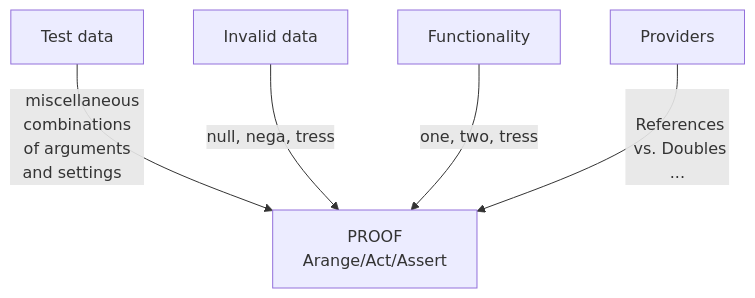
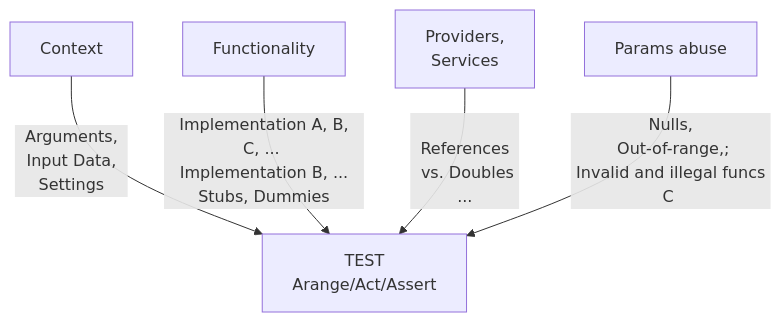
The diagram in README+/tests/README+/unit_test-multi_feed.md (Kyriosity/use-dev), drawn with Mermaid before and after one commit. The commit also changed other lines of this file, not shown here.

Commit message:
🐝unit_test-multi_feed.md

````diff
--- a/README+/tests/README+/unit_test-multi_feed.md
+++ b/README+/tests/README+/unit_test-multi_feed.md
@@ -9,7 +9,8 @@
 ```mermaid
 graph TD
-    id1[Test data] -->|&nbsp;&nbsp;&nbsp;miscellaneous&nbsp;<br />&nbsp;combinations&nbsp;<br />&nbsp;of arguments&nbsp;<br />&nbsp;and settings&nbsp;&nbsp;&nbsp;| UT[PROOF<br />Arange/Act/Assert]
-    id2[Invalid data] -->|null, nega, tress| UT
-    Functionality -->|one, two, tress| UT
-    Providers -->|<br />&nbsp;&nbsp;References&nbsp;<br />&nbsp;vs. Doubles<br />...| UT
+    idCx[Context] -->|&nbsp;&nbsp;Arguments,&nbsp;&nbsp;<br />&nbsp;&nbsp;Input Data,&nbsp;&nbsp;<br />&nbsp;&nbsp;Settings&nbsp;&nbsp;| UT[TEST<br />Arange/Act/Assert]
+    idFnc[Functionality] -->|&nbsp;Implementation A, B, C, ...&nbsp;<br >&nbsp;Implementation B, ...&nbsp;</br>&nbsp;Stubs, Dummies&nbsp;| UT
+    idSrv[Providers,<br />Services] -->|<br />&nbsp;&nbsp;References&nbsp;&nbsp;<br />&nbsp;vs. Doubles<br />...| UT
+    idAbs[Params abuse] -->|&nbsp;Nulls,&nbsp;<br />&nbsp;&nbsp;Out-of-range,;&nbsp;<br />&nbsp;Invalid and illegal funcs C&nbsp;| UT
+
 ```
````
